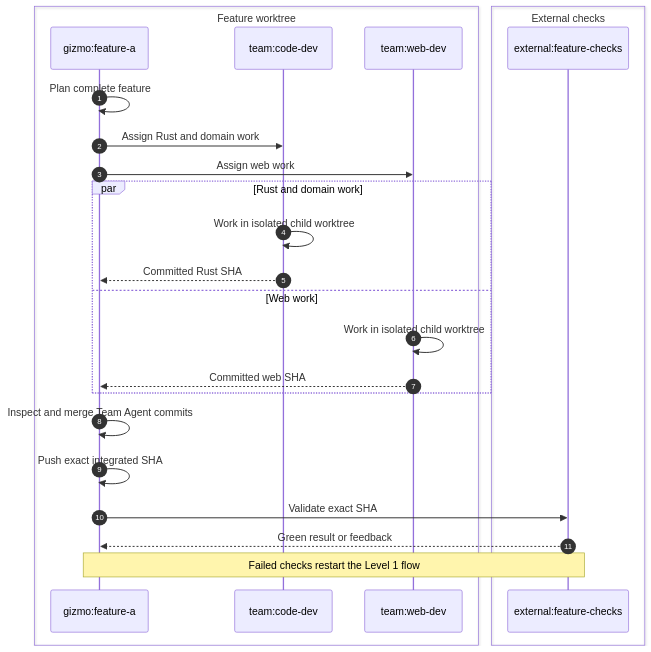
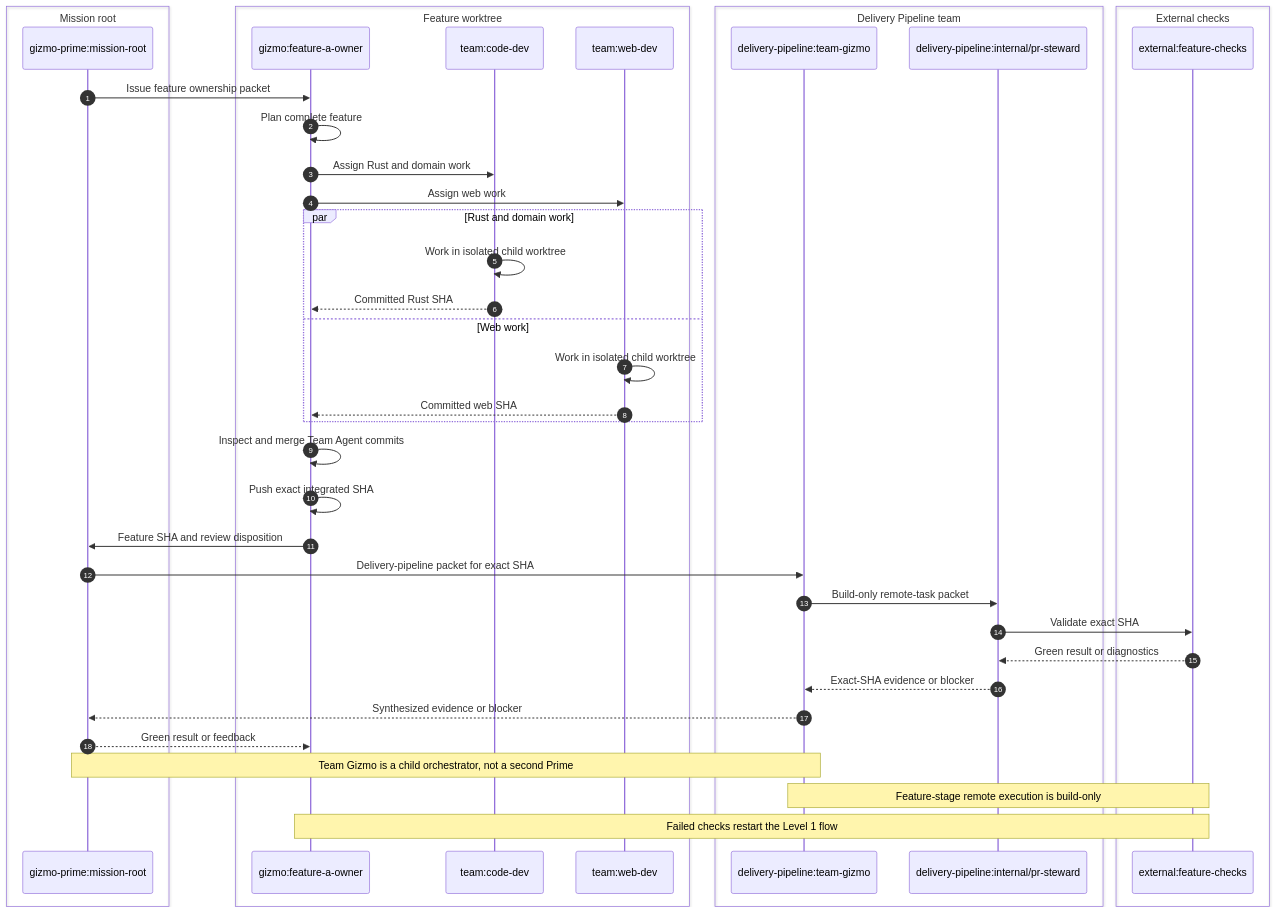
The fourth of 12 diagrams in .cortex/gizmo/architecture/multiagent-delivery-diagrams.md (meta-secret/nook), drawn with Mermaid before and after one commit. The commit also changed other lines of this file and 14 other files, not shown here.

Commit message:
docs: formalize delivery pipeline routing

````diff
--- a/.cortex/gizmo/architecture/multiagent-delivery-diagrams.md
+++ b/.cortex/gizmo/architecture/multiagent-delivery-diagrams.md
@@ -74,33 +119,51 @@
 ```mermaid
 sequenceDiagram
     autonumber
 
+    box Mission root
+        participant Prime as gizmo-prime:mission-root
+    end
+
     box Feature worktree
-        participant Gizmo as gizmo:feature-a
+        participant Gizmo as gizmo:feature-a-owner
         participant Code as team:code-dev
         participant Web as team:web-dev
+    end
+
+    box Delivery Pipeline team
+        participant Pipeline as delivery-pipeline:team-gizmo
+        participant Steward as delivery-pipeline:internal/pr-steward
     end
 
     box External checks
         participant Checks as external:feature-checks
     end
 
+    Prime->>Gizmo: Issue feature ownership packet
     Gizmo->>Gizmo: Plan complete feature
     Gizmo->>Code: Assign Rust and domain work
     Gizmo->>Web: Assign web work
 
     par Rust and domain work
         Code->>Code: Work in isolated child worktree
         Code-->>Gizmo: Committed Rust SHA
     and Web work
         Web->>Web: Work in isolated child worktree
         Web-->>Gizmo: Committed web SHA
     end
 
     Gizmo->>Gizmo: Inspect and merge Team Agent commits
     Gizmo->>Gizmo: Push exact integrated SHA
-    Gizmo->>Checks: Validate exact SHA
-    Checks-->>Gizmo: Green result or feedback
+    Gizmo->>Prime: Feature SHA and review disposition
+    Prime->>Pipeline: Delivery-pipeline packet for exact SHA
+    Pipeline->>Steward: Build-only remote-task packet
+    Steward->>Checks: Validate exact SHA
+    Checks-->>Steward: Green result or diagnostics
+    Steward-->>Pipeline: Exact-SHA evidence or blocker
+    Pipeline-->>Prime: Synthesized evidence or blocker
+    Prime-->>Gizmo: Green result or feedback
 
+    Note over Prime,Pipeline: Team Gizmo is a child orchestrator, not a second Prime
+    Note over Pipeline,Checks: Feature-stage remote execution is build-only
     Note over Gizmo,Checks: Failed checks restart the Level 1 flow
 ```
````
